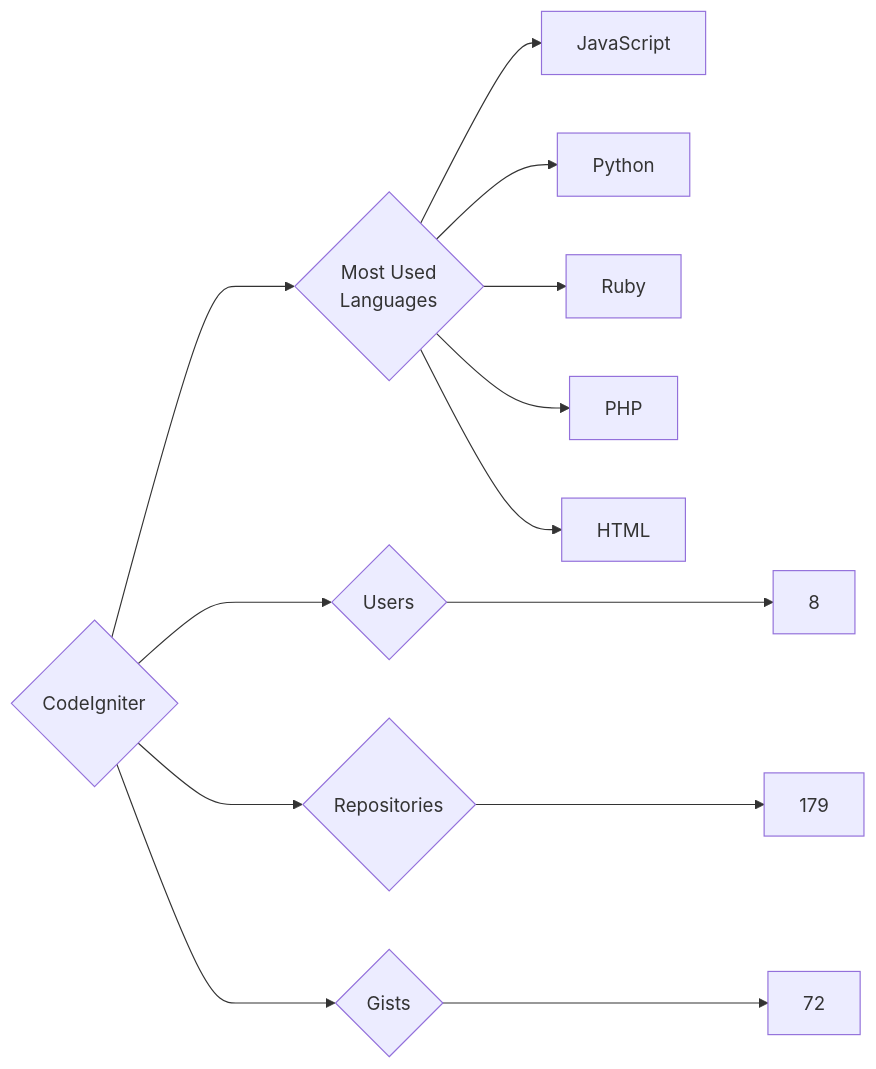
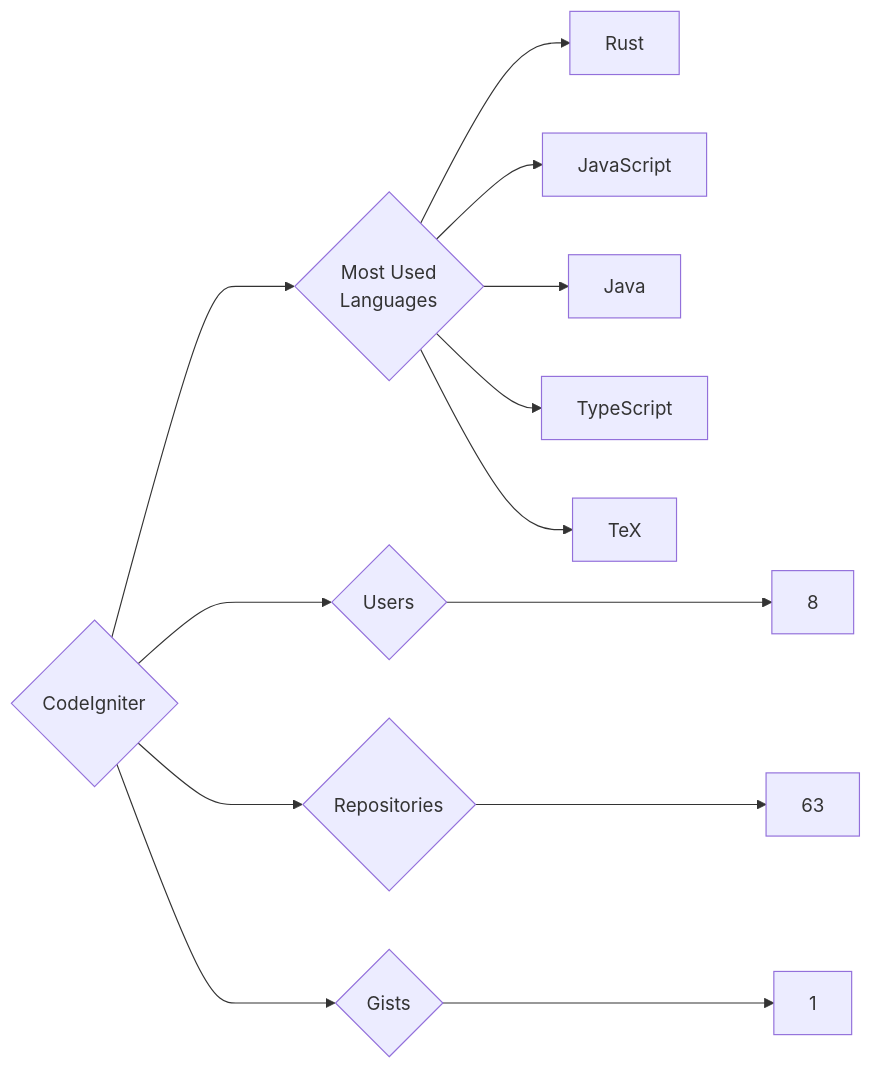
The diagram in targets/CodeIgniter/README.md (trickest/insiders), drawn with Mermaid before and after one commit. The commit also changed 1212 other files, not shown here.

````diff
--- a/targets/CodeIgniter/README.md
+++ b/targets/CodeIgniter/README.md
@@ -3,13 +3,13 @@
 ```mermaid
 graph LR
 COMPANY_NAME{CodeIgniter}
 COMPANY_NAME ---> U{Users} ---> UN[8]
-COMPANY_NAME ---> R{Repositories} ---> RN[179]
-COMPANY_NAME ---> G{Gists} ---> GN[72]
+COMPANY_NAME ---> R{Repositories} ---> RN[63]
+COMPANY_NAME ---> G{Gists} ---> GN[1]
 COMPANY_NAME ---> ML{Most Used<br>Languages}
+ML --> Rust[Rust]
 ML --> JavaScript[JavaScript]
-ML --> Python[Python]
-ML --> Ruby[Ruby]
-ML --> PHP[PHP]
-ML --> HTML[HTML]
+ML --> Java[Java]
+ML --> TypeScript[TypeScript]
+ML --> TeX[TeX]
 ```
````
